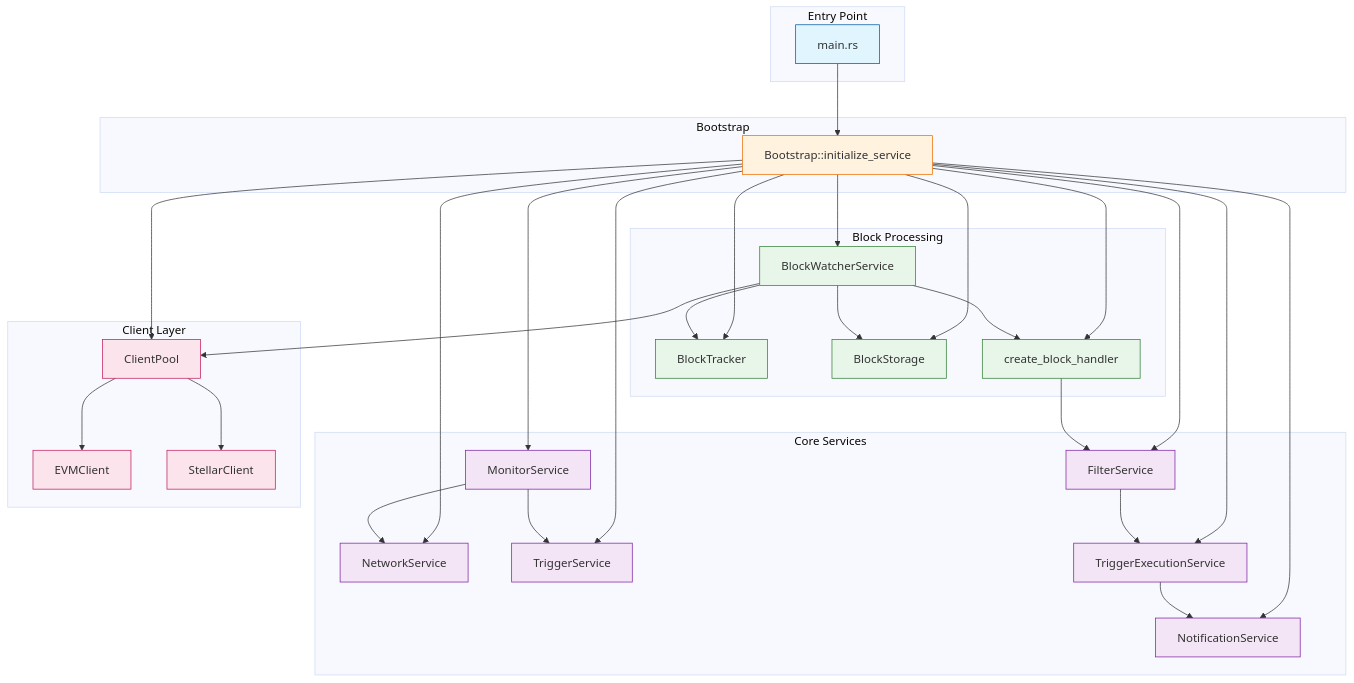
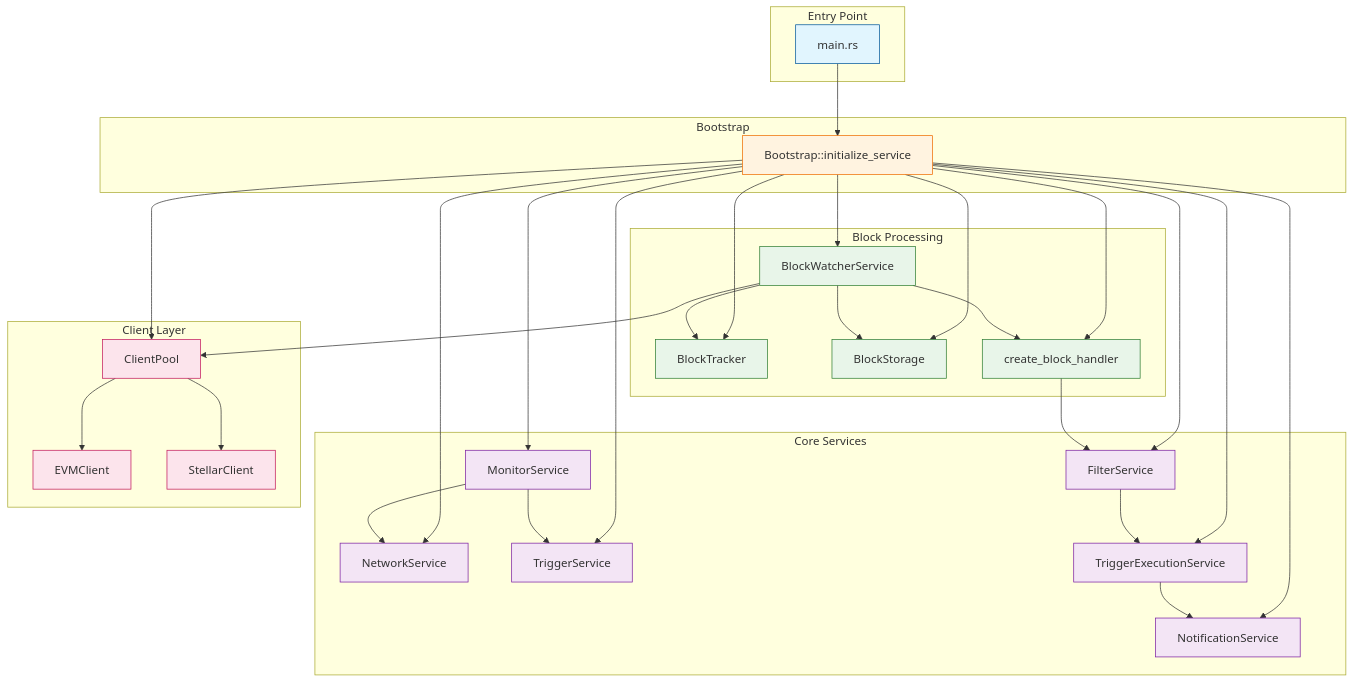
Before and after one commit to OpenZeppelin/openzeppelin-monitor: the diagram in README.md, drawn with Mermaid.

Commit message:
chore: Mermaid styles

````diff
--- a/README.md
+++ b/README.md
@@ -56,15 +56,4 @@
 ```mermaid
-%%{init: {
-    'theme': 'base',
-    'themeVariables': {
-    'background': '#ffffff',
-    'mainBkg': '#ffffff',
-    'primaryBorderColor': '#cccccc',
-    'lineColor': '#333333',
-    'arrowheadColor': '#333333',
-    'edgeLabelBackground': '#ffffff'
-  }
-}}%%
 graph TD
 subgraph Entry Point
 MAIN[main.rs]
````
